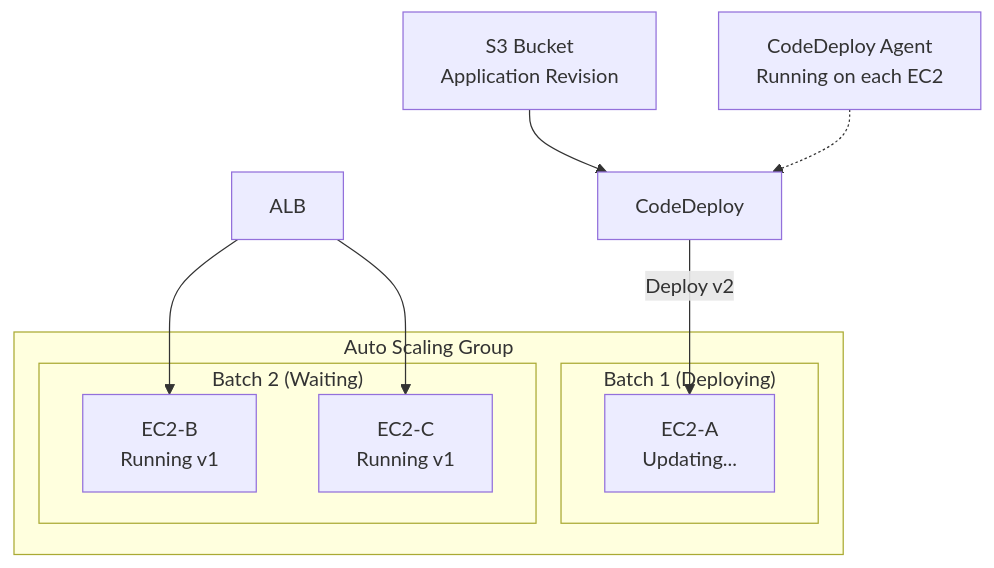
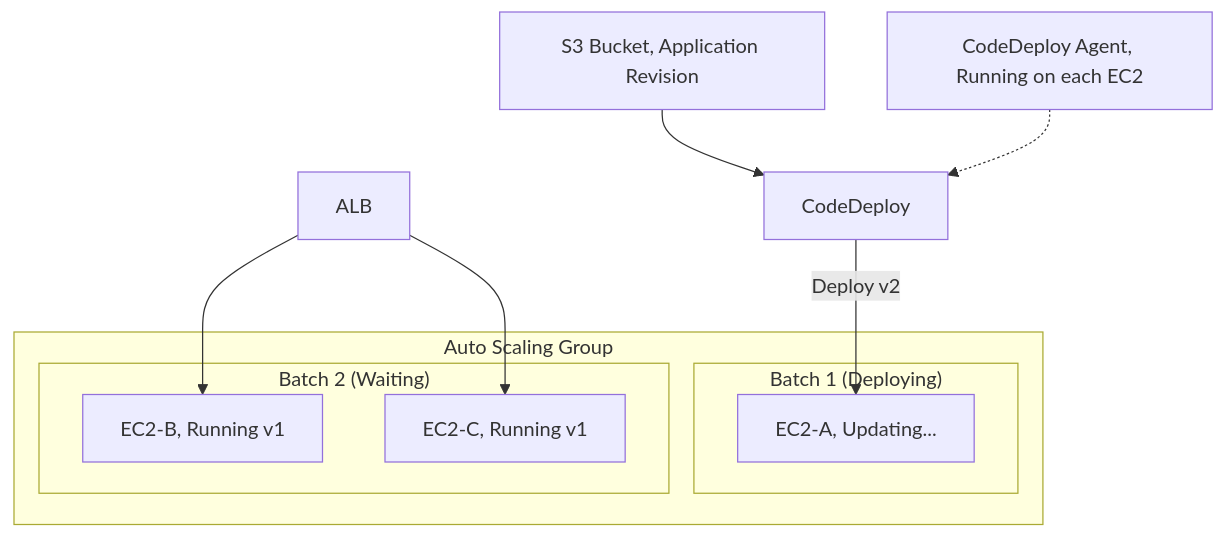
The first of 4 diagrams in Chapter_42_AWS_CodeDeploy.md (DeeptiShuklaProject/Uday_AWS), drawn with Mermaid before and after one commit. The commit also changed other lines of this file and 34 other files, not shown here.

Commit message:
Fix mermaid diagrams syntax across all chapters (quote labels and remove HTML)

````diff
--- a/Chapter_42_AWS_CodeDeploy.md
+++ b/Chapter_42_AWS_CodeDeploy.md
@@ -219,20 +219,20 @@
 ```mermaid
 flowchart TD
-    S3[S3 Bucket<br>Application Revision] --> CD[CodeDeploy]
+    S3["S3 Bucket, Application Revision"] --> CD[CodeDeploy]
     
     subgraph ASG["Auto Scaling Group"]
         subgraph Batch1["Batch 1 (Deploying)"]
-            EC2A[EC2-A<br>Updating...]
+            EC2A["EC2-A, Updating..."]
         end
         subgraph Batch2["Batch 2 (Waiting)"]
-            EC2B[EC2-B<br>Running v1]
-            EC2C[EC2-C<br>Running v1]
+            EC2B["EC2-B, Running v1"]
+            EC2C["EC2-C, Running v1"]
         end
     end
     
     ALB[ALB] --> EC2B
     ALB --> EC2C
     CD -->|Deploy v2| EC2A
     
-    Agent[CodeDeploy Agent<br>Running on each EC2] -.-> CD
+    Agent["CodeDeploy Agent, Running on each EC2"] -.-> CD
 ```
````
